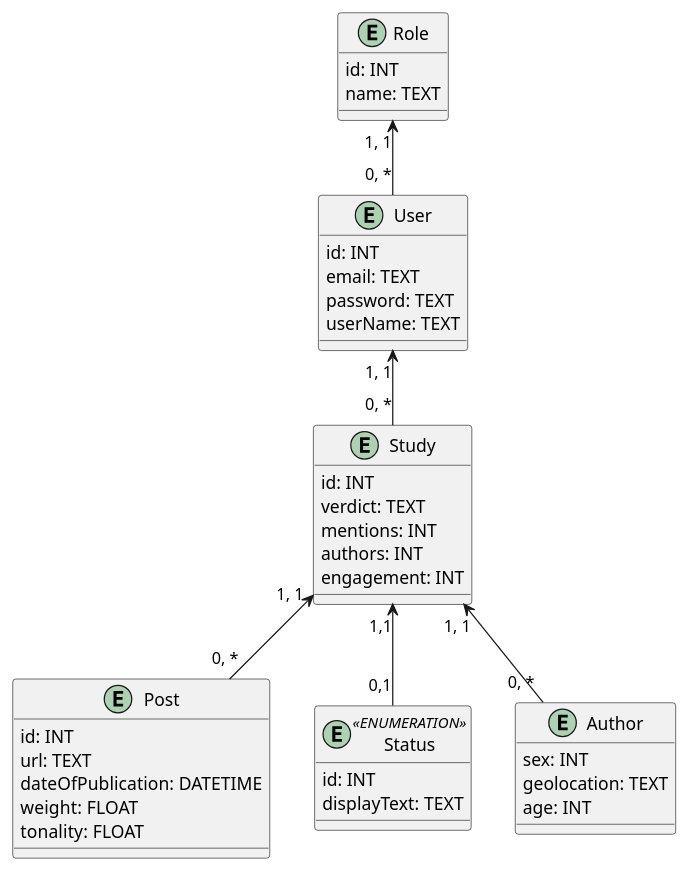
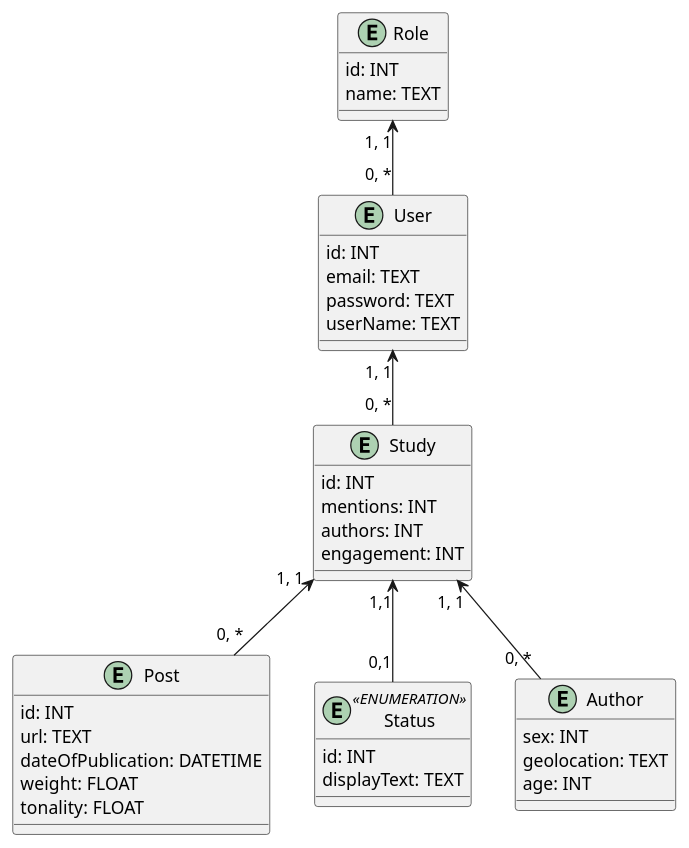
Before and after one commit to kpi-wolves/edu_db_labs: the second of 2 diagrams in docs/design/README.md, drawn with PlantUML. The commit also changed other lines of this file, not shown here.

Commit message:
fix: Get rid of Study.verdict

```diff
--- a/docs/design/README.md
+++ b/docs/design/README.md
@@ -82,48 +80,47 @@
 @startuml 
 
 entity Role  {
   id: INT 
   name: TEXT 
 }
 
 entity User { 
   id: INT 
   email: TEXT 
   password: TEXT 
   userName: TEXT  
 }
 
 entity Study  {  
   id: INT  
-  verdict: TEXT
   mentions: INT
   authors: INT
   engagement: INT
 }
 
 entity Post {
   id: INT
   url: TEXT
   dateOfPublication: DATETIME
   weight: FLOAT
   tonality: FLOAT
 }
 
 entity Status <<ENUMERATION>>{
   id: INT
   displayText: TEXT
 }
 
 entity Author {
   sex: INT
   geolocation: TEXT
   age: INT
 }
 
 Role "1, 1" <-- "0, *" User  
 User "1, 1" <-- "0, *" Study
 Study "1, 1" <-- "0, *" Post
 Study "1, 1" <-- "0, *" Author
 Study "1,1" <-- "0,1" Status
 
 @enduml
```
